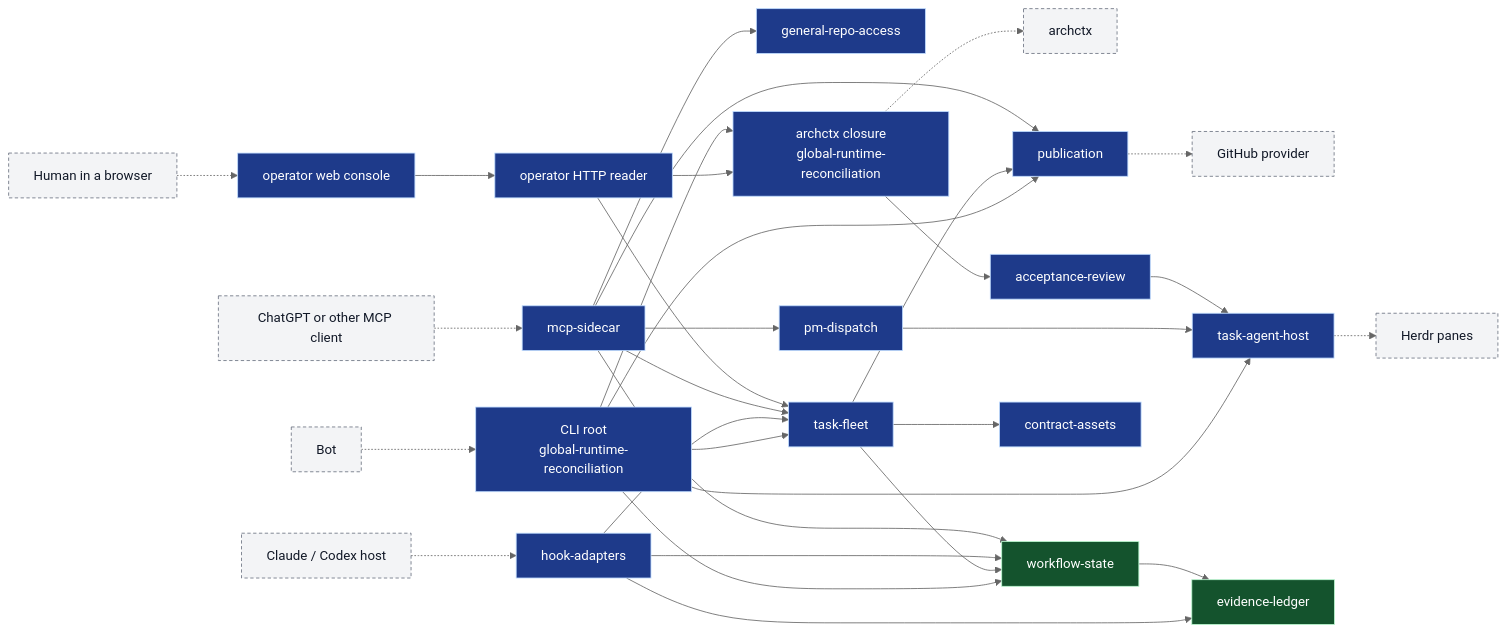
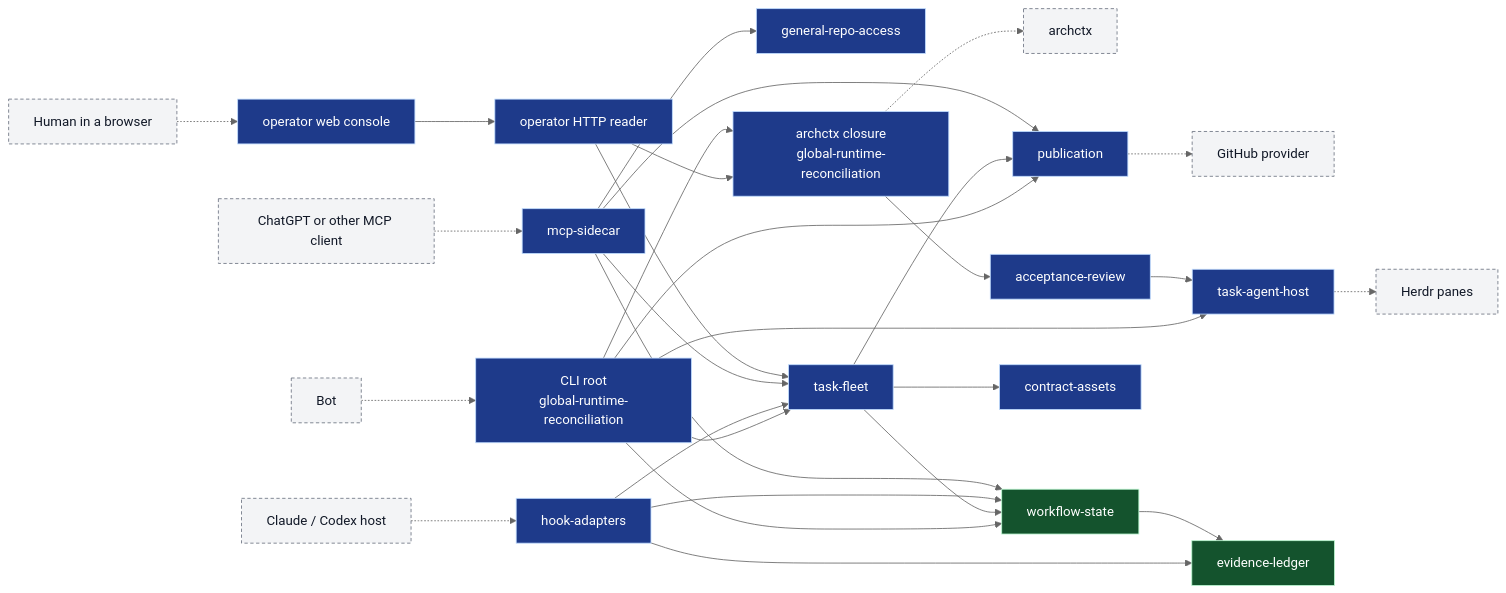
Before and after one commit to Ancienttwo/repo-harness: the diagram in docs/architecture/index.md, drawn with Mermaid (neutral theme). The commit also changed other lines of this file and 15 other files, not shown here.

Commit message:
docs(architecture): project slice B and drop retired PM and delegated-run entries

````diff
--- a/docs/architecture/index.md
+++ b/docs/architecture/index.md
@@ -95,65 +95,62 @@
 ```mermaid
 flowchart LR
   classDef ext fill:#f3f4f6,stroke:#6b7280,color:#111827,stroke-dasharray:4 3
   classDef cap fill:#1e3a8a,stroke:#bfdbfe,color:#ffffff
   classDef store fill:#14532d,stroke:#bbf7d0,color:#ffffff
 
   Bot["Bot"]:::ext
   Host["Claude / Codex host"]:::ext
   Client["ChatGPT or other MCP client"]:::ext
   Human["Human in a browser"]:::ext
   Herdr["Herdr panes"]:::ext
   Provider["GitHub provider"]:::ext
   Archctx["archctx"]:::ext
 
   CLI["CLI root<br/>global-runtime-reconciliation"]:::cap
   Hooks["hook-adapters"]:::cap
   MCP["mcp-sidecar"]:::cap
   Repo["general-repo-access"]:::cap
   Console["operator web console"]:::cap
   OpServer["operator HTTP reader"]:::cap
   Closure["archctx closure<br/>global-runtime-reconciliation"]:::cap
   Fleet["task-fleet"]:::cap
   Pub["publication"]:::cap
-  PM["pm-dispatch"]:::cap
   TAH["task-agent-host"]:::cap
   Review["acceptance-review"]:::cap
   WS["workflow-state"]:::store
   EL["evidence-ledger"]:::store
   CA["contract-assets"]:::cap
 
   Bot -.-> CLI
   CLI --> Fleet
   CLI --> TAH
   CLI --> WS
   CLI --> Pub
   Fleet --> WS
   Fleet --> CA
   Fleet --> Pub
   TAH -.-> Herdr
   Pub -.-> Provider
 
   Host -.-> Hooks
   Hooks --> WS
   Hooks --> EL
   Hooks --> Fleet
 
   Client -.-> MCP
-  MCP --> PM
   MCP --> Fleet
   MCP --> Pub
   MCP --> Repo
   MCP --> WS
-  PM --> TAH
 
   Human -.-> Console
   Console --> OpServer
   OpServer --> Fleet
   OpServer --> Closure
 
   CLI --> Closure
   Closure -.-> Archctx
   Closure --> Review
   Review --> TAH
   WS --> EL
 ```
````
